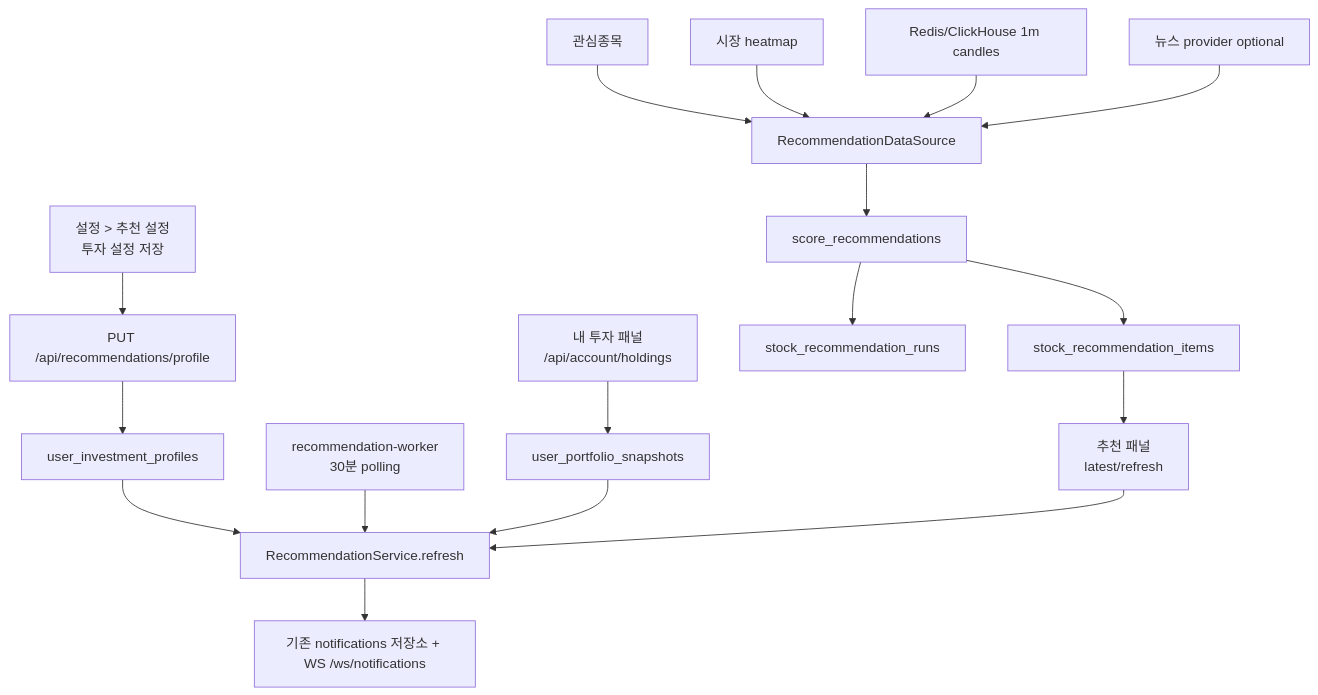
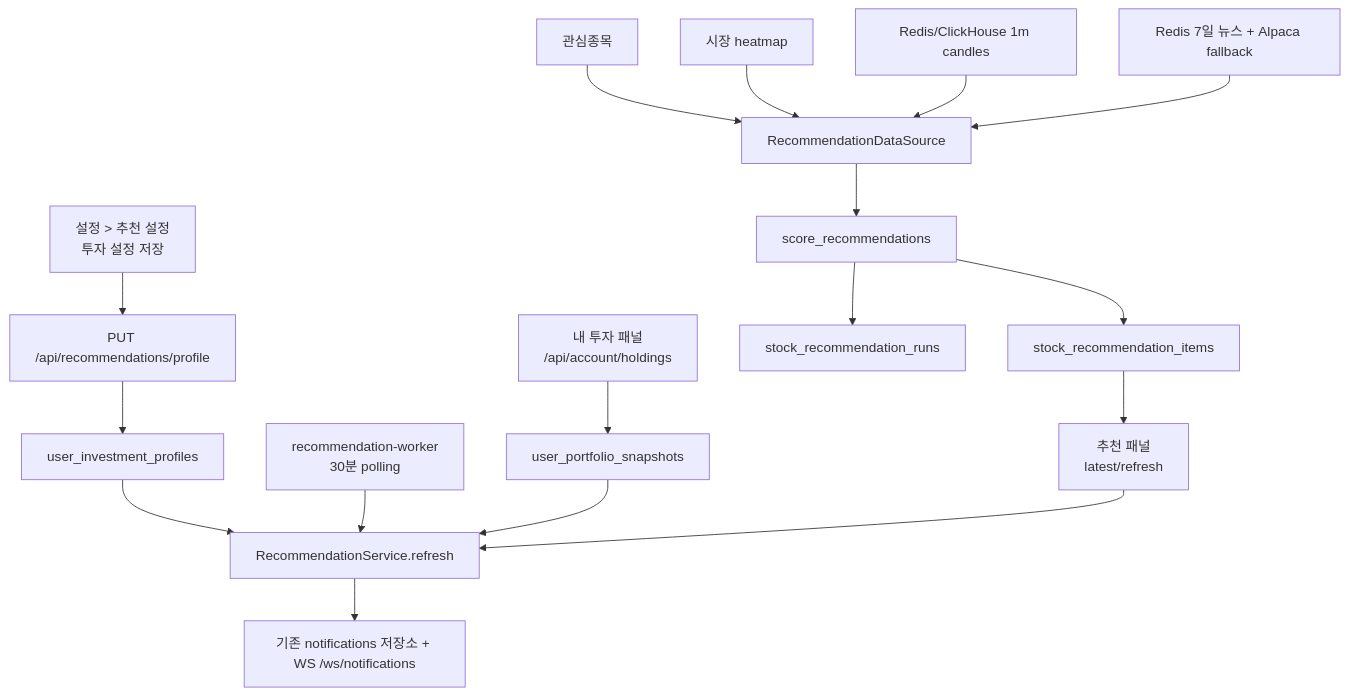
Before and after one commit to seunglee10/GOPS-BE: the diagram in docs/STOCK_RECOMMENDATION_PANEL.md, drawn with Mermaid. The commit also changed other lines of this file and 16 other files, not shown here.

````diff
--- a/docs/STOCK_RECOMMENDATION_PANEL.md
+++ b/docs/STOCK_RECOMMENDATION_PANEL.md
@@ -40,19 +44,19 @@
 ```mermaid
 flowchart TD
   Profile["설정 > 추천 설정<br/>투자 설정 저장"] --> ProfileAPI["PUT /api/recommendations/profile"]
   Holdings["내 투자 패널<br/>/api/account/holdings"] --> Snapshot["user_portfolio_snapshots"]
   Worker["recommendation-worker<br/>30분 polling"] --> Service["RecommendationService.refresh"]
   Panel["추천 패널<br/>latest/refresh"] --> Service
   ProfileAPI --> Profiles["user_investment_profiles"]
   Profiles --> Service
   Snapshot --> Service
   Watchlist["관심종목"] --> DataSource["RecommendationDataSource"]
   Heatmap["시장 heatmap"] --> DataSource
   Candles["Redis/ClickHouse 1m candles"] --> DataSource
-  News["뉴스 provider optional"] --> DataSource
+  News["Redis 7일 뉴스 + Alpaca fallback"] --> DataSource
   DataSource --> Scoring["score_recommendations"]
   Scoring --> Runs["stock_recommendation_runs"]
   Scoring --> Items["stock_recommendation_items"]
   Service --> Notify["기존 notifications 저장소 + WS /ws/notifications"]
   Items --> Panel
 ```
````
